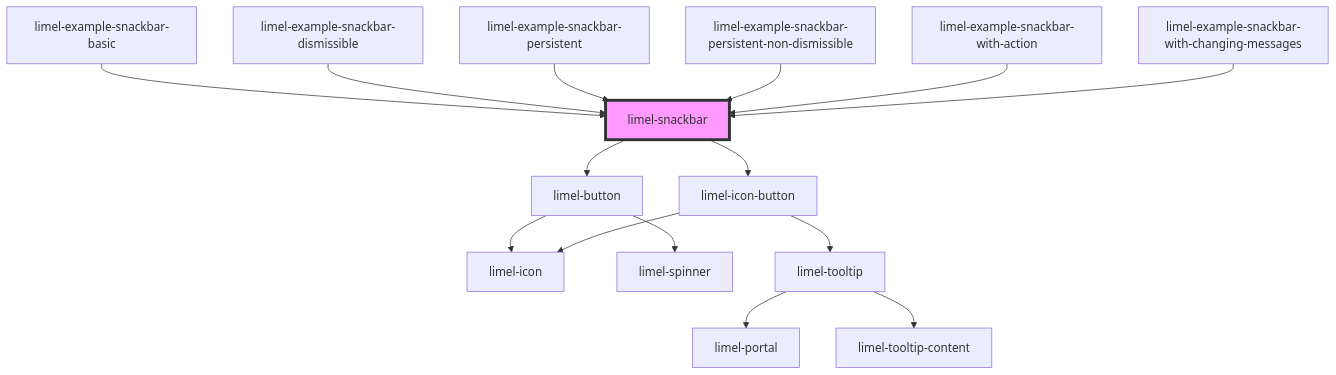
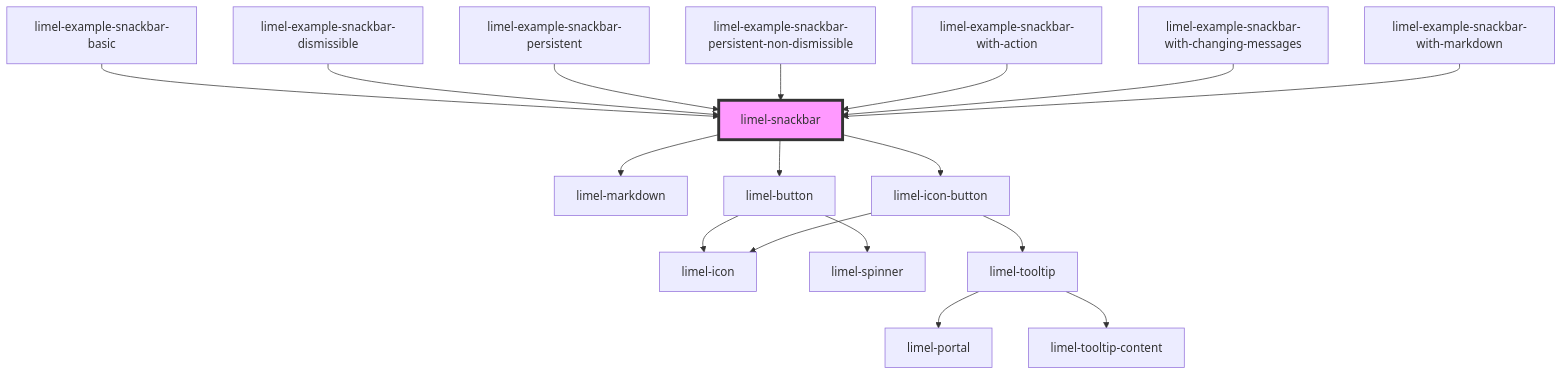
Before and after one commit to Lundalogik/lime-elements: the diagram in versions/PR-4041/markdown-docs/components/snackbar/readme.md, drawn with Mermaid. The commit also changed other lines of this file and 12 other files, not shown here.

````diff
--- a/versions/PR-4041/markdown-docs/components/snackbar/readme.md
+++ b/versions/PR-4041/markdown-docs/components/snackbar/readme.md
@@ -79,18 +81,20 @@
 ```mermaid
 graph TD;
+  limel-snackbar --> limel-markdown
   limel-snackbar --> limel-button
   limel-snackbar --> limel-icon-button
   limel-button --> limel-icon
   limel-button --> limel-spinner
   limel-icon-button --> limel-icon
   limel-icon-button --> limel-tooltip
   limel-tooltip --> limel-portal
   limel-tooltip --> limel-tooltip-content
   limel-example-snackbar-basic --> limel-snackbar
   limel-example-snackbar-dismissible --> limel-snackbar
   limel-example-snackbar-persistent --> limel-snackbar
   limel-example-snackbar-persistent-non-dismissible --> limel-snackbar
   limel-example-snackbar-with-action --> limel-snackbar
   limel-example-snackbar-with-changing-messages --> limel-snackbar
+  limel-example-snackbar-with-markdown --> limel-snackbar
   style limel-snackbar fill:#f9f,stroke:#333,stroke-width:4px
 ```
````
